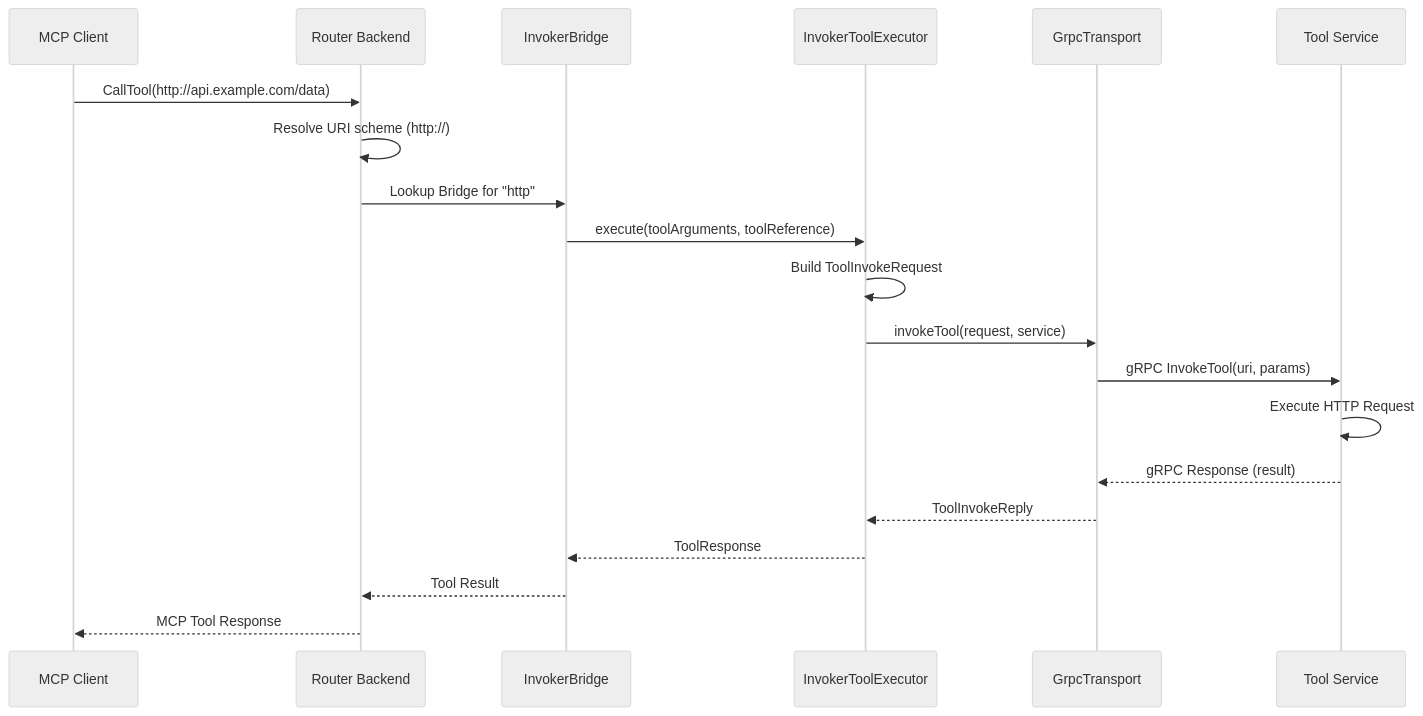
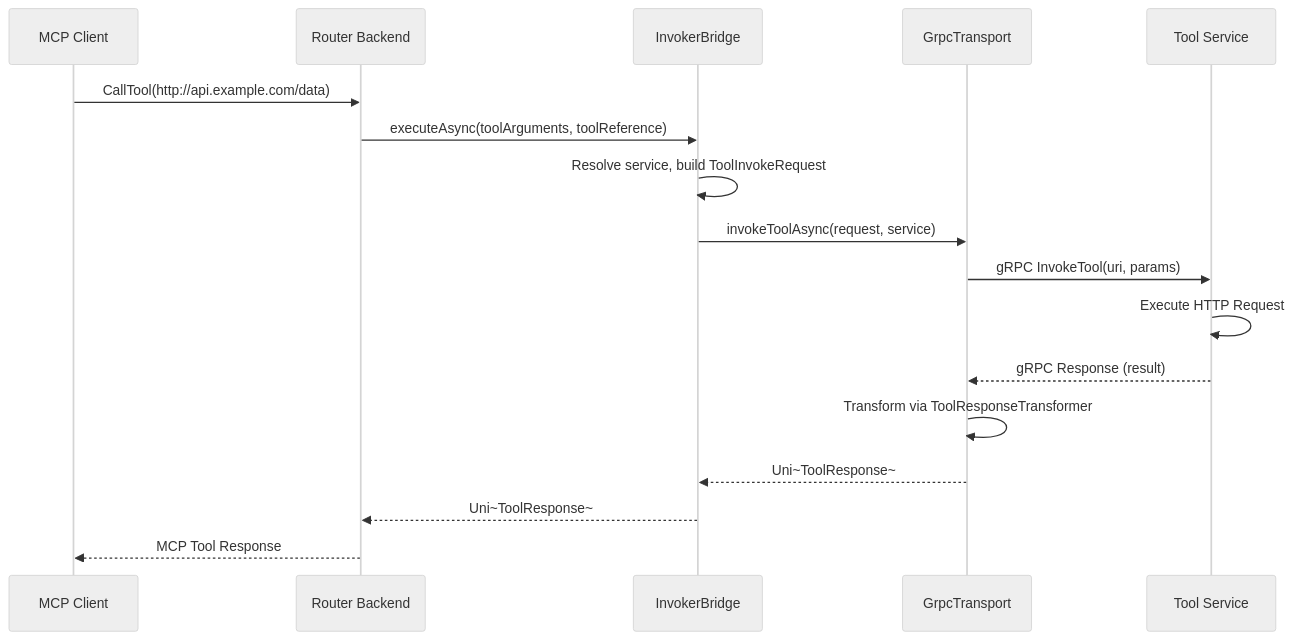
Before and after one commit to wanaku-ai/wanaku: the sixth of 6 diagrams in docs/wanaku-router-internals.md, drawn with Mermaid (neutral theme). The commit also changed other lines of this file and 5 other files, not shown here.

First line of the commit message:
Update documentation to reflect async-first bridge architecture

````diff
--- a/docs/wanaku-router-internals.md
+++ b/docs/wanaku-router-internals.md
@@ -256,23 +290,20 @@
 ```mermaid
 sequenceDiagram
     participant MCP as MCP Client
     participant Router as Router Backend
     participant IB as InvokerBridge
-    participant Executor as InvokerToolExecutor
     participant Transport as GrpcTransport
     participant Tool as Tool Service
 
     MCP->>Router: CallTool(http://api.example.com/data)
-    Router->>Router: Resolve URI scheme (http://)
-    Router->>IB: Lookup Bridge for "http"
-    IB->>Executor: execute(toolArguments, toolReference)
-    Executor->>Executor: Build ToolInvokeRequest
-    Executor->>Transport: invokeTool(request, service)
+    Router->>IB: executeAsync(toolArguments, toolReference)
+    IB->>IB: Resolve service, build ToolInvokeRequest
+    IB->>Transport: invokeToolAsync(request, service)
     Transport->>Tool: gRPC InvokeTool(uri, params)
     Tool->>Tool: Execute HTTP Request
     Tool-->>Transport: gRPC Response (result)
-    Transport-->>Executor: ToolInvokeReply
-    Executor-->>IB: ToolResponse
-    IB-->>Router: Tool Result
+    Transport->>Transport: Transform via ToolResponseTransformer
+    Transport-->>IB: Uni~ToolResponse~
+    IB-->>Router: Uni~ToolResponse~
     Router-->>MCP: MCP Tool Response
 ```
````
